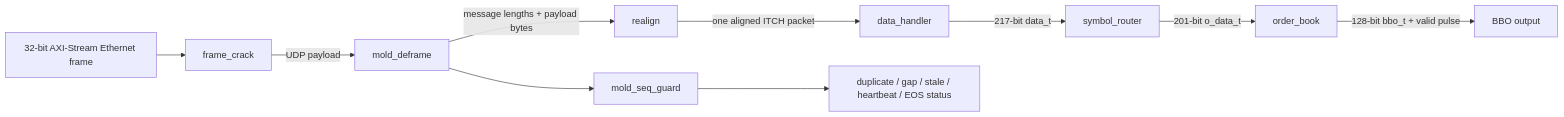
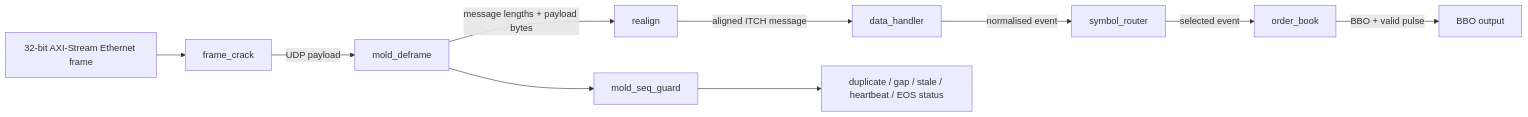
Before and after one commit to an-thony350/ITCH-Feed-Handler-and-Order-Book: the second of 4 diagrams in README.md, drawn with Mermaid. The commit also changed other lines of this file and 7 other files, not shown here.

````diff
--- a/README.md
+++ b/README.md
@@ -119,13 +105,13 @@
 ```mermaid
 flowchart LR
     A[32-bit AXI-Stream Ethernet frame] --> B[frame_crack]
     B -->|UDP payload| C[mold_deframe]
     C -->|message lengths + payload bytes| D[realign]
-    D -->|one aligned ITCH packet| E[data_handler]
-    E -->|217-bit data_t| F[symbol_router]
-    F -->|201-bit o_data_t| G[order_book]
-    G -->|128-bit bbo_t + valid pulse| H[BBO output]
+    D -->|aligned ITCH message| E[data_handler]
+    E -->|normalised event| F[symbol_router]
+    F -->|selected event| G[order_book]
+    G -->|BBO + valid pulse| H[BBO output]
 
     C --> I[mold_seq_guard]
     I --> J[duplicate / gap / stale / heartbeat / EOS status]
 ```
````
